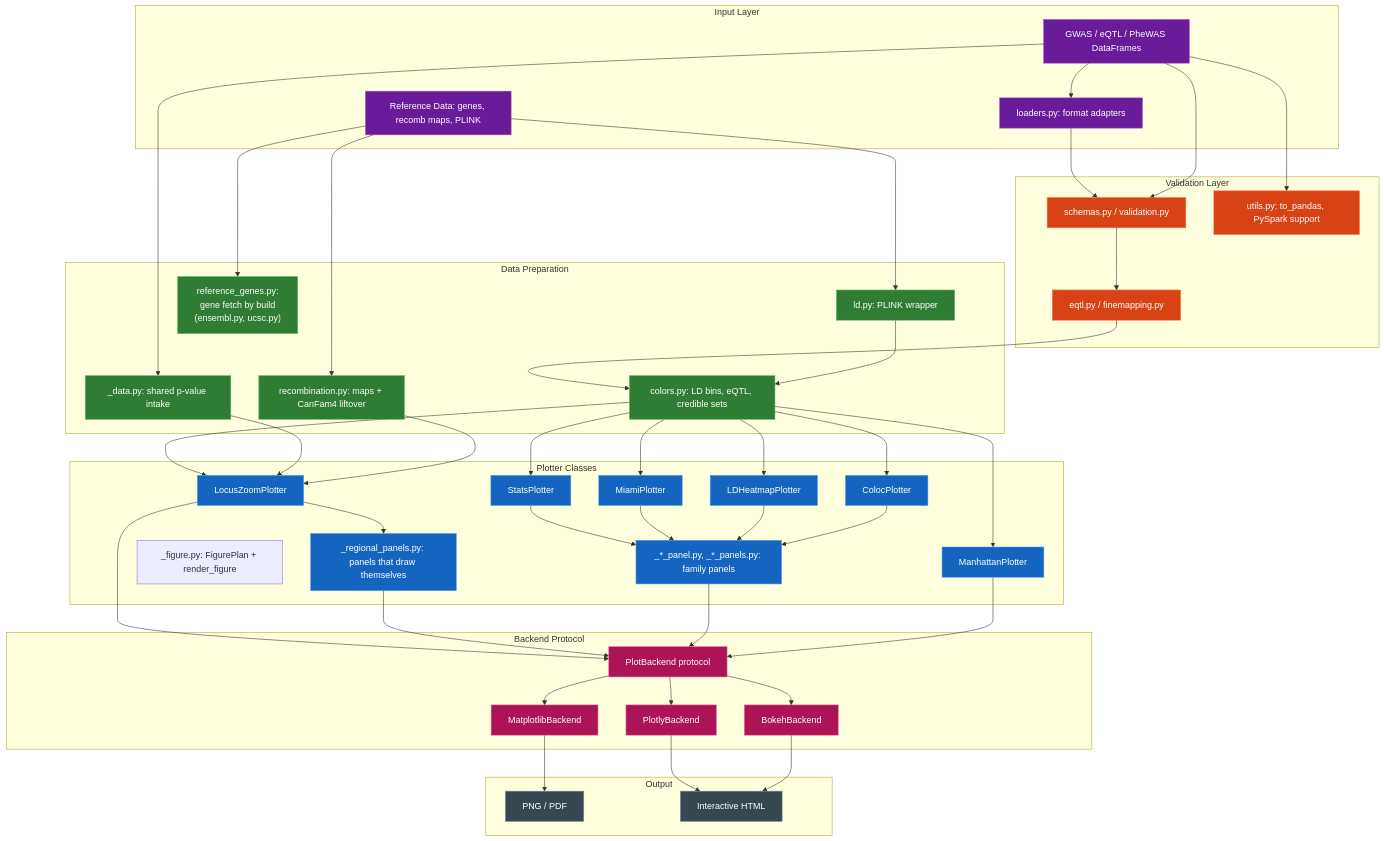
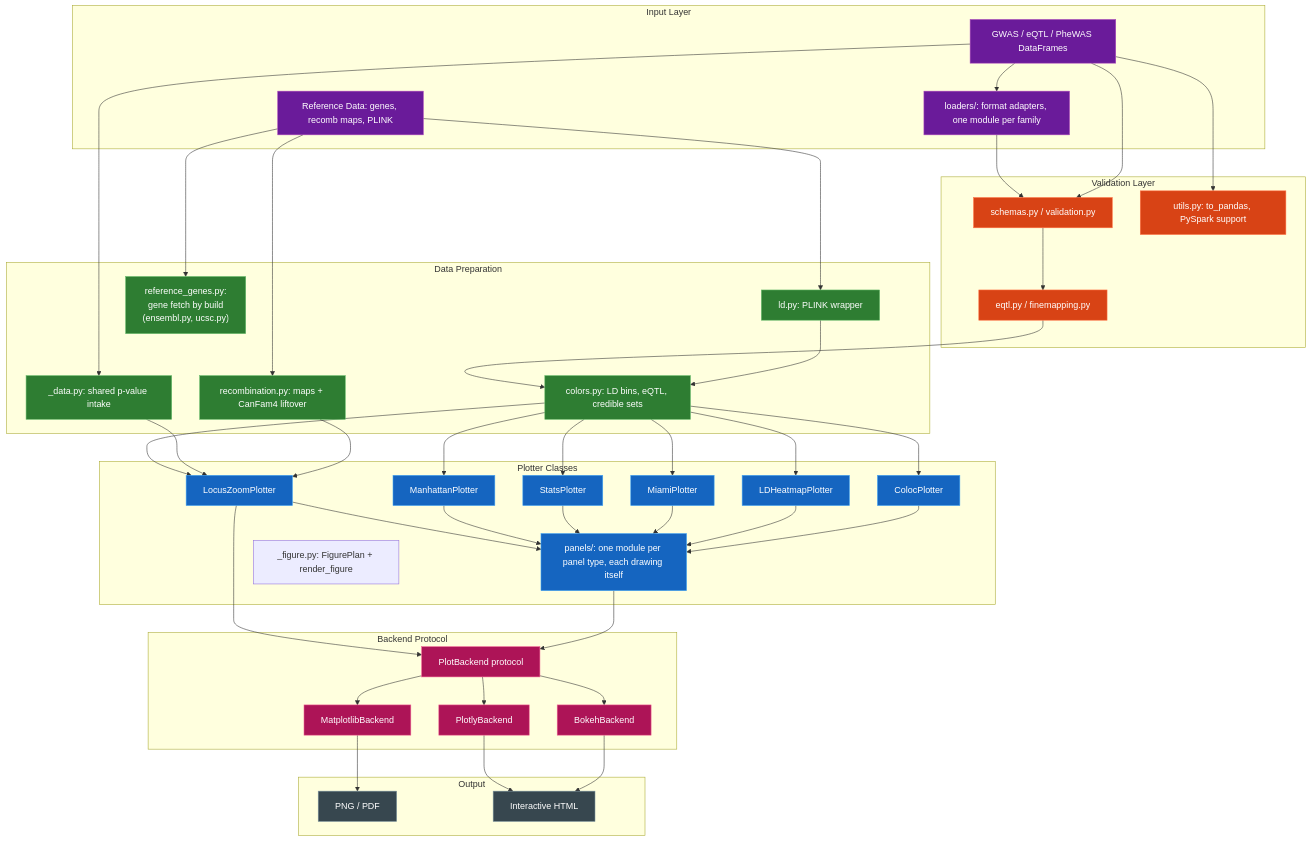
Before and after one commit to michael-denyer/pyLocusZoom: the diagram in docs/ARCHITECTURE.md, drawn with Mermaid. The commit also changed other lines of this file and 38 other files, not shown here.

First line of the commit message:
refactor: loaders/ and panels/ packages, and a tiered public surface (#67)

```diff
--- a/docs/ARCHITECTURE.md
+++ b/docs/ARCHITECTURE.md
@@ -21,7 +21,7 @@
     subgraph Input["Input Layer"]
         GWAS[GWAS / eQTL / PheWAS DataFrames]
         REF[Reference Data: genes, recomb maps, PLINK]
-        LOAD[loaders.py: format adapters]
+        LOAD[loaders/: format adapters, one module per family]
     end
 
     subgraph Validate["Validation Layer"]
@@ -40,9 +40,8 @@
 
     subgraph Plotters["Plotter Classes"]
         LZ[LocusZoomPlotter]
-        REGIONAL["_regional_panels.py: panels that draw themselves"]
+        PANELS["panels/: one module per panel type, each drawing itself"]
         FIGURE["_figure.py: FigurePlan + render_figure"]
-        FAMILIES[_*_panel.py, _*_panels.py: family panels]
         MP[ManhattanPlotter]
         SP[StatsPlotter]
         MIAMI[MiamiPlotter]
@@ -82,14 +81,13 @@
     COLORS --> CP
     RECOMB --> LZ
     LZ --> PROTO
-    LZ --> REGIONAL
-    REGIONAL --> PROTO
-    SP --> FAMILIES
-    MIAMI --> FAMILIES
-    LDH --> FAMILIES
-    CP --> FAMILIES
-    FAMILIES --> PROTO
-    MP --> PROTO
+    LZ --> PANELS
+    MP --> PANELS
+    SP --> PANELS
+    MIAMI --> PANELS
+    LDH --> PANELS
+    CP --> PANELS
+    PANELS --> PROTO
     PROTO --> MPL
     PROTO --> PLOTLY
     PROTO --> BOKEH
@@ -113,8 +111,7 @@
     style COLORS fill:#2e7d32,stroke:#66bb6a,color:#ffffff
 
     style LZ fill:#1565c0,stroke:#42a5f5,color:#ffffff
-    style REGIONAL fill:#1565c0,stroke:#42a5f5,color:#ffffff
-    style FAMILIES fill:#1565c0,stroke:#42a5f5,color:#ffffff
+    style PANELS fill:#1565c0,stroke:#42a5f5,color:#ffffff
     style MP fill:#1565c0,stroke:#42a5f5,color:#ffffff
     style SP fill:#1565c0,stroke:#42a5f5,color:#ffffff
     style MIAMI fill:#1565c0,stroke:#42a5f5,color:#ffffff
```
